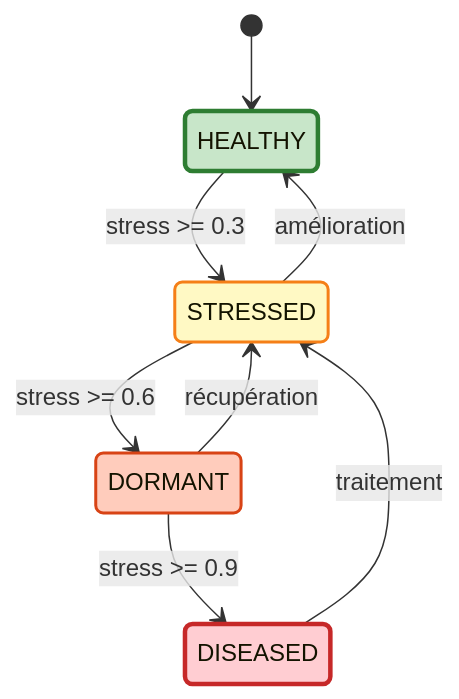
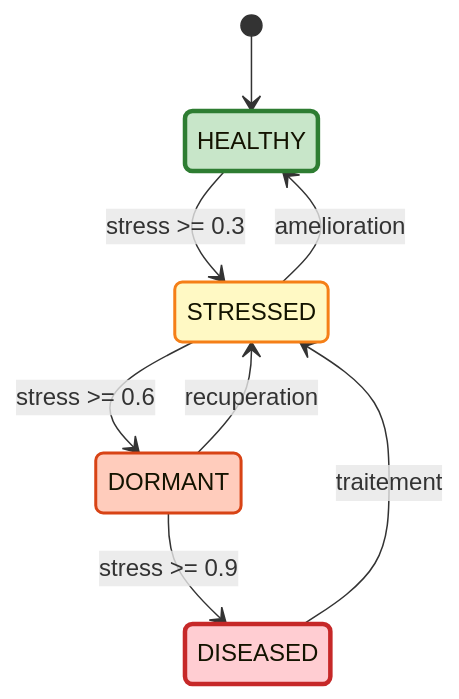
Diagram 11 of 12 in docs/index.md (fasai444/GreenDesk), drawn with Mermaid before and after one commit. The commit also changed other lines of this file and 1 other file, not shown here.

Commit message:
docs: update features content and stabilize mermaid rendering

````diff
--- a/docs/index.md
+++ b/docs/index.md
@@ -501,20 +689,20 @@
 ```mermaid
 stateDiagram-v2
     [*] --> HEALTHY
     HEALTHY --> STRESSED: stress >= 0.3
     STRESSED --> DORMANT: stress >= 0.6
     DORMANT --> DISEASED: stress >= 0.9
-    STRESSED --> HEALTHY: amélioration
-    DORMANT --> STRESSED: récupération
+    STRESSED --> HEALTHY: amelioration
+    DORMANT --> STRESSED: recuperation
     DISEASED --> STRESSED: traitement
     
     classDef healthyStyle fill:#c8e6c9,stroke:#2e7d32,stroke-width:3px
     classDef stressedStyle fill:#fff9c4,stroke:#f57f17,stroke-width:2px
     classDef dormantStyle fill:#ffccbc,stroke:#d84315,stroke-width:2px
     classDef diseasedStyle fill:#ffcdd2,stroke:#c62828,stroke-width:3px
     
     class HEALTHY healthyStyle
     class STRESSED stressedStyle
     class DORMANT dormantStyle
     class DISEASED diseasedStyle
 ```
````
